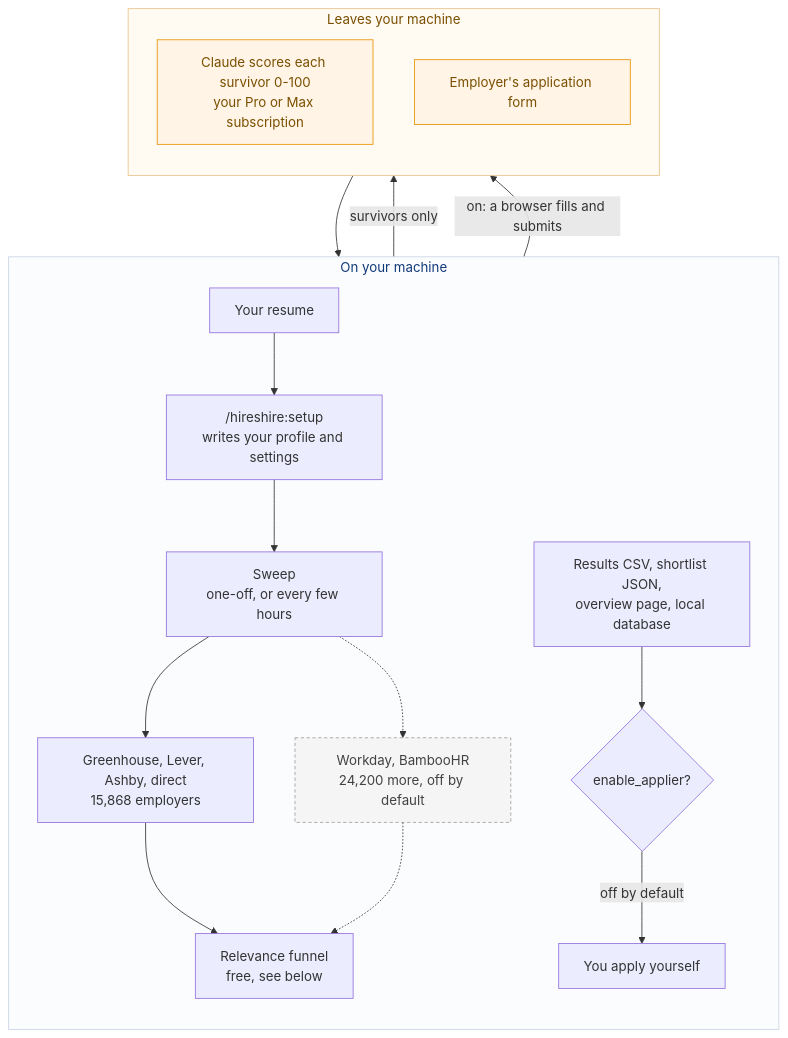
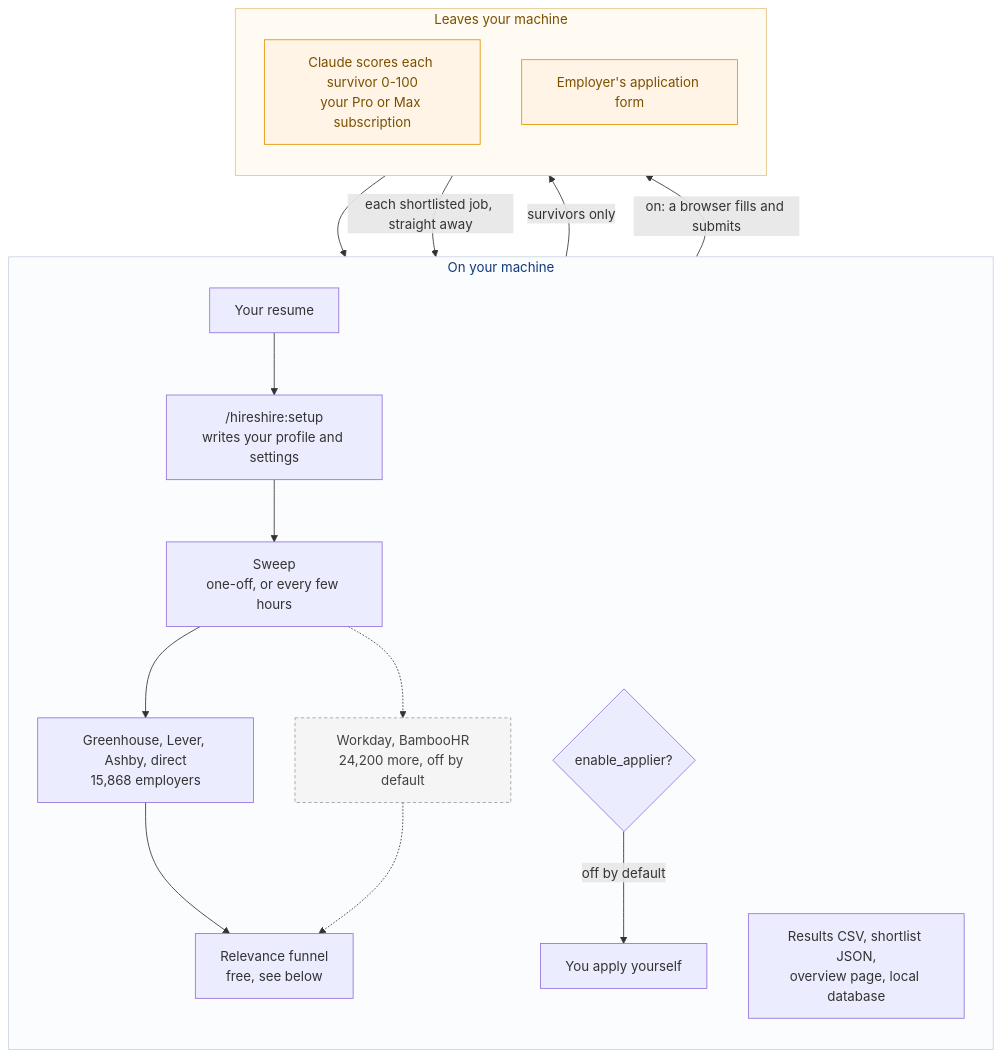
The first of 2 diagrams in docs/TECH_ARCH.md (slowloris-98/HireShire-plugin), drawn with Mermaid before and after one commit. The commit also changed 20 other files, not shown here.

````diff
--- a/docs/TECH_ARCH.md
+++ b/docs/TECH_ARCH.md
@@ -14,38 +14,38 @@
 ```mermaid
 flowchart TD
     subgraph local["On your machine"]
         direction TB
         R["Your resume"]
         SET["/hireshire:setup<br/>writes your profile and settings"]
         SWEEP["Sweep<br/>one-off, or every few hours"]
         B1["Greenhouse, Lever, Ashby, direct<br/>15,868 employers"]
         B2["Workday, BambooHR<br/>24,200 more, off by default"]
         FUN["Relevance funnel<br/>free, see below"]
         OUT["Results CSV, shortlist JSON,<br/>overview page, local database"]
         APP{"enable_applier?"}
         YOU["You apply yourself"]
 
         R --> SET --> SWEEP
         SWEEP --> B1 --> FUN
         SWEEP -.-> B2 -.-> FUN
-        OUT --> APP
         APP -->|"off by default"| YOU
     end
 
     subgraph away["Leaves your machine"]
         direction TB
         CLAUDE["Claude scores each survivor 0-100<br/>your Pro or Max subscription"]
         EMP["Employer's application form"]
     end
 
     FUN -->|"survivors only"| CLAUDE
     CLAUDE --> OUT
+    CLAUDE -->|"each shortlisted job, straight away"| APP
     APP -->|"on: a browser fills and submits"| EMP
 
     classDef off fill:#f5f5f5,stroke:#9e9e9e,color:#424242,stroke-dasharray:4 3
     classDef away fill:#fff4e5,stroke:#e69100,color:#7a4f00
     class B2 off
     class CLAUDE,EMP away
     style local fill:#fbfcfe,stroke:#c8d3e3,color:#123a7a
     style away fill:#fffaf2,stroke:#e8c48a,color:#7a4f00
 ```
````
